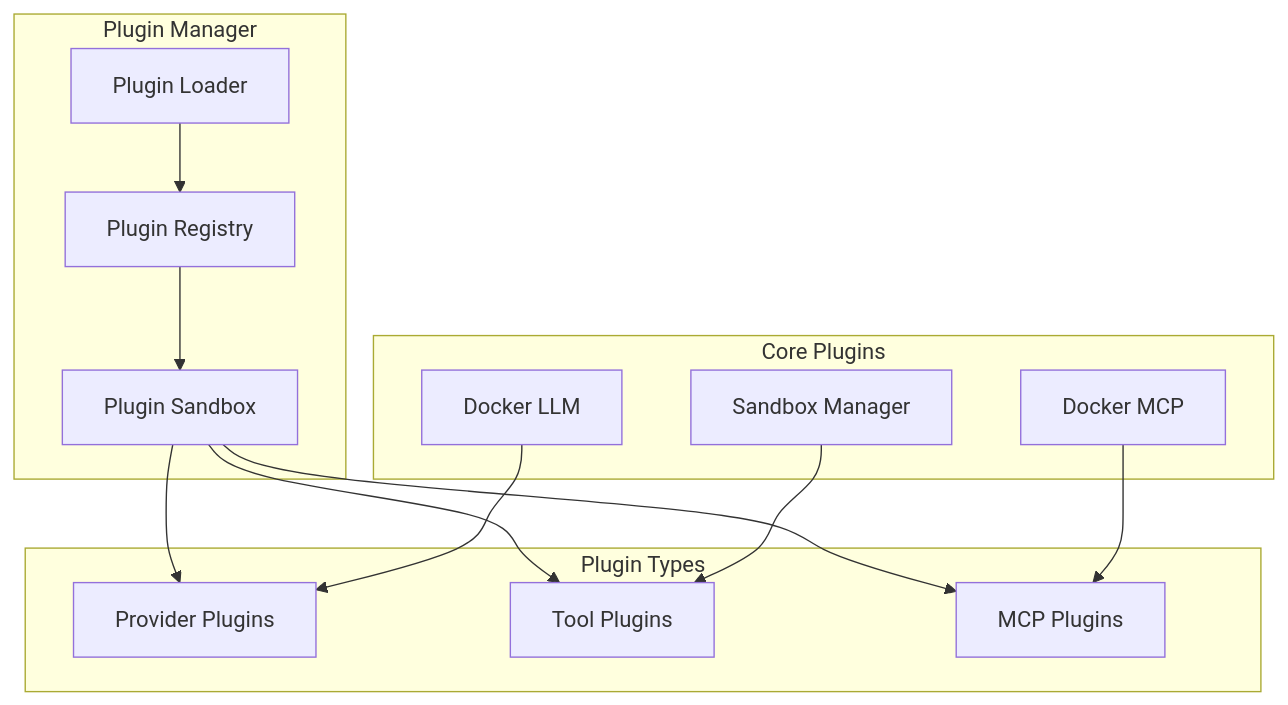
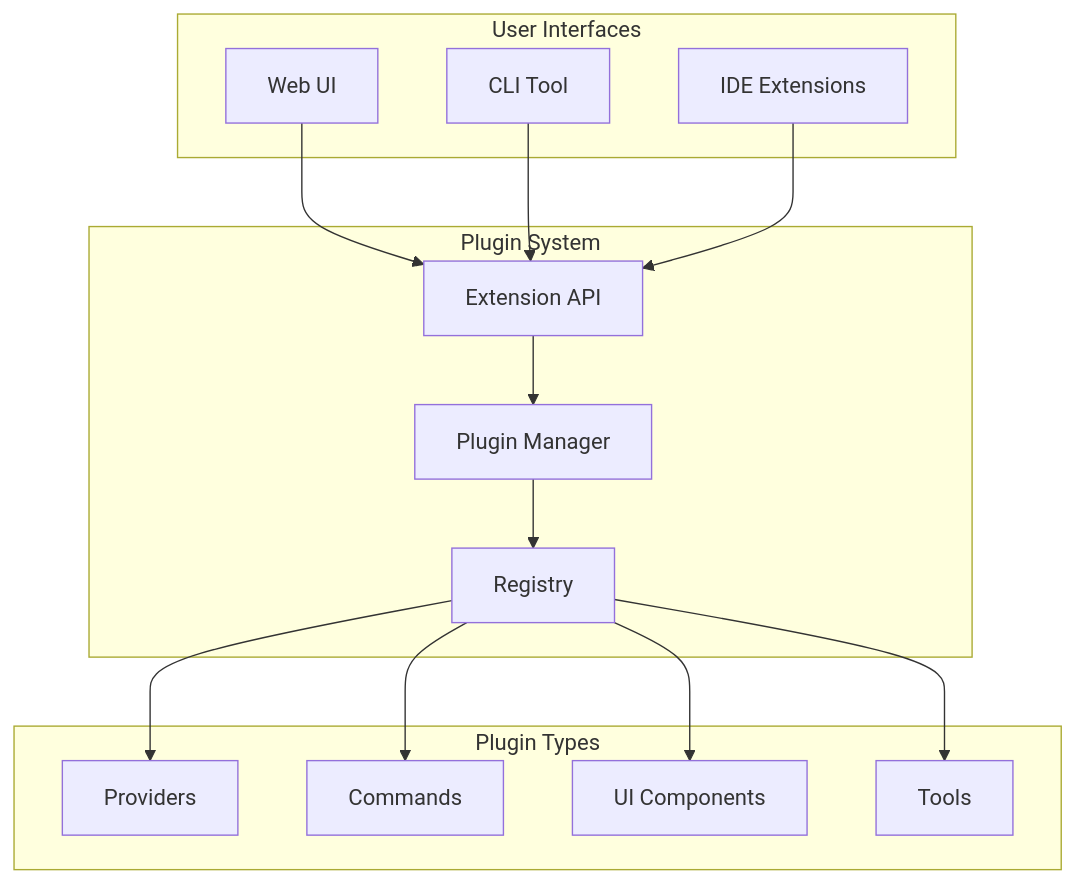
The diagram in docs/09-plugin-system.md (cykonova/CodeAgent), drawn with Mermaid before and after one commit. The commit also changed other lines of this file and 1 other file, not shown here.

First line of the commit message:
feat: Clarify plugin system extends all user interfaces

````diff
--- a/docs/09-plugin-system.md
+++ b/docs/09-plugin-system.md
@@ -7,31 +7,33 @@
 ```mermaid
 graph TB
-    subgraph "Plugin Manager"
-        LOADER[Plugin Loader]
-        REG[Plugin Registry]
-        SAND[Plugin Sandbox]
+    subgraph "User Interfaces"
+        WEB[Web UI]
+        CLI[CLI Tool]
+        IDE[IDE Extensions]
+    end
+    
+    subgraph "Plugin System"
+        MGR[Plugin Manager]
+        REG[Registry]
+        API[Extension API]
     end
     
     subgraph "Plugin Types"
-        PROV[Provider Plugins]
-        TOOL[Tool Plugins]
-        MCP[MCP Plugins]
+        PROV[Providers]
+        CMD[Commands]
+        UI[UI Components]
+        TOOL[Tools]
     end
     
-    subgraph "Core Plugins"
-        DOCKER[Docker MCP]
-        LLM[Docker LLM]
-        SANDBOX[Sandbox Manager]
-    end
+    WEB --> API
+    CLI --> API
+    IDE --> API
     
-    LOADER --> REG
-    REG --> SAND
+    API --> MGR
+    MGR --> REG
     
-    SAND --> PROV
-    SAND --> TOOL
-    SAND --> MCP
-    
-    DOCKER --> MCP
-    LLM --> PROV
-    SANDBOX --> TOOL
+    REG --> PROV
+    REG --> CMD
+    REG --> UI
+    REG --> TOOL
 ```
````
